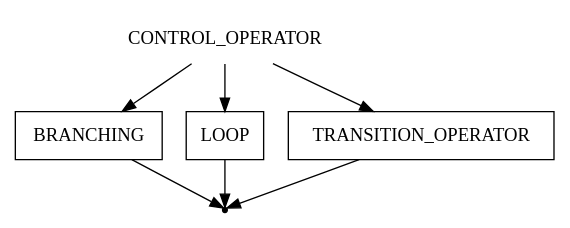
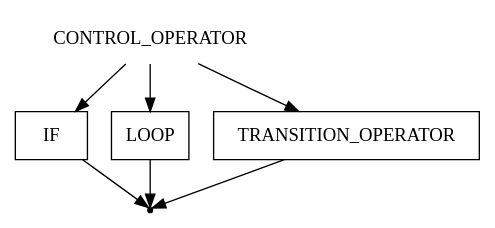
Before and after one commit to ayu-f/DSL_Pseudocode: the diagram in pseudocode/control_operator.gv, drawn with Graphviz. The commit also changed 2 other files, not shown here.

```diff
--- a/pseudocode/control_operator.gv
+++ b/pseudocode/control_operator.gv
@@ -1,13 +1,13 @@
 digraph CONTROL_OPERATOR {
     start [label=CONTROL_OPERATOR shape=plaintext]
-    branching [label=BRANCHING shape=box]
+    if [label=IF shape=box]
     loop [label=LOOP shape=box]
     transition_operator [label=TRANSITION_OPERATOR shape=box]
     end [label="" shape=point]
     start -> loop
-    start -> branching
+    start -> if
     start -> transition_operator
     loop -> end
-    branching -> end
+    if -> end
     transition_operator -> end
 }
```
